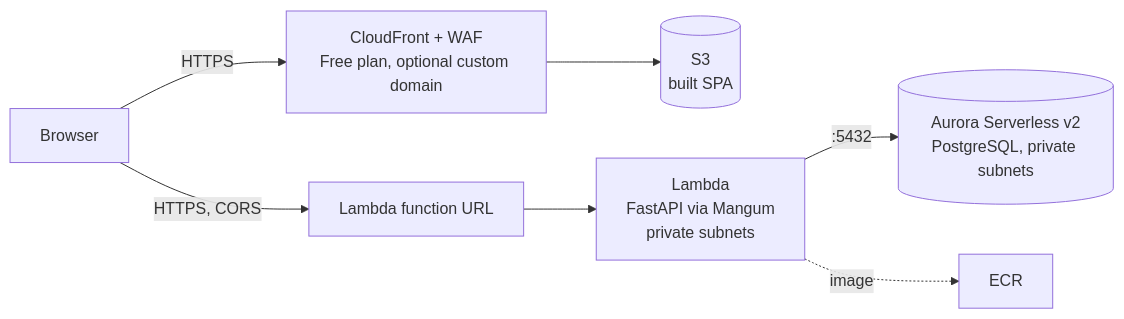
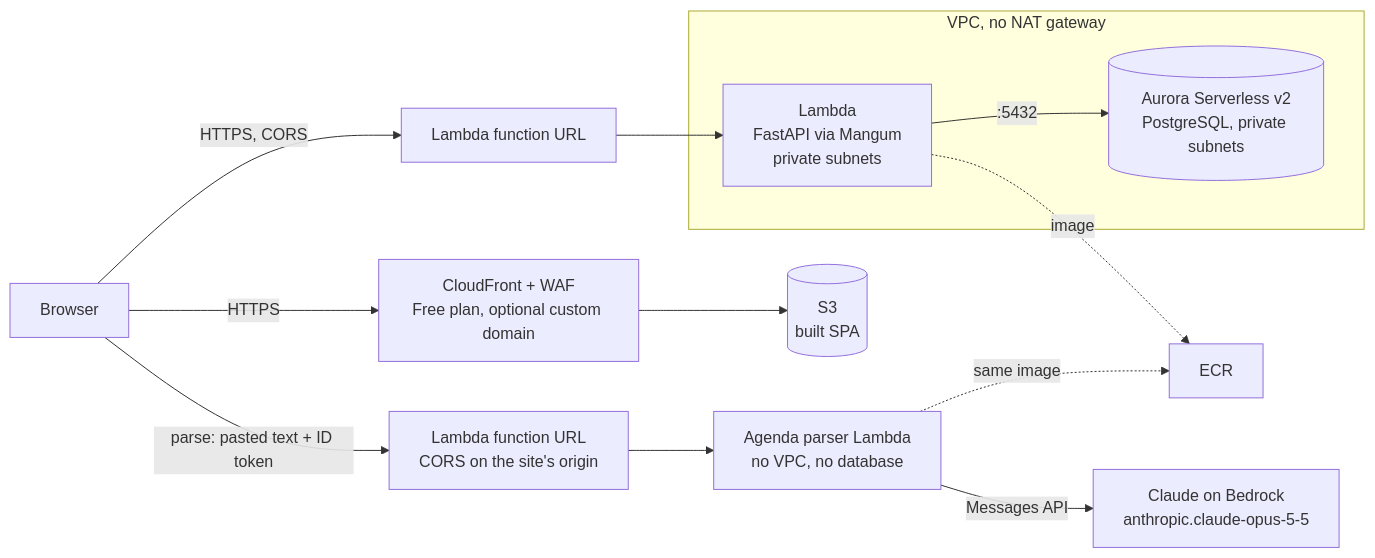
One commit to alinaytsk/OneTwoThree changed the diagram in README.md. Above: the diagram before and after it, drawn with Mermaid. The commit also changed other lines of this file and 39 other files, not shown here.

First line of the commit message:
Lab 6: paste an agenda, parsed by Claude on Bedrock

````diff
--- a/README.md
+++ b/README.md
@@ -156,9 +167,19 @@
 ```mermaid
 flowchart LR
     B[Browser] -->|HTTPS| CF[CloudFront + WAF<br/>Free plan, optional custom domain]
     CF --> S3[(S3<br/>built SPA)]
     B -->|HTTPS, CORS| URL[Lambda function URL]
     URL --> L[Lambda<br/>FastAPI via Mangum<br/>private subnets]
     L -->|:5432| DB[(Aurora Serverless v2<br/>PostgreSQL, private subnets)]
     L -. image .-> ECR[ECR]
+
+    B -->|parse: pasted text + ID token| PURL[Lambda function URL<br/>CORS on the site's origin]
+    PURL --> P[Agenda parser Lambda<br/>no VPC, no database]
+    P -->|Messages API| BR[Claude on Bedrock<br/>anthropic.claude-opus-5-5]
+    P -. same image .-> ECR
+
+    subgraph VPC[VPC, no NAT gateway]
+        L
+        DB
+    end
 ```
````
